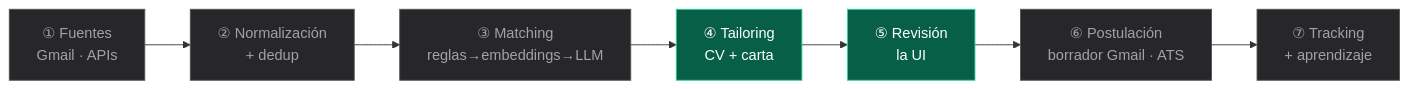
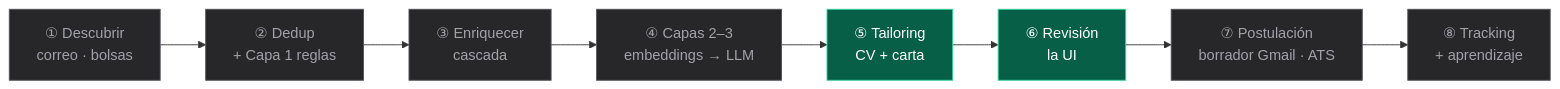
One commit to HectorDaniell/JobFinder changed the ninth of 10 diagrams in docs/FLUJO.md. Above: the diagram before and after it, drawn with Mermaid. The commit also changed other lines of this file and 6 other files, not shown here.

````diff
--- a/docs/FLUJO.md
+++ b/docs/FLUJO.md
@@ -264,12 +264,13 @@
 ```mermaid
 flowchart LR
-    F1["① Fuentes<br/>Gmail · APIs"]:::todo --> F2["② Normalización<br/>+ dedup"]:::todo
-    F2 --> F3["③ Matching<br/>reglas→embeddings→LLM"]:::todo
-    F3 --> F4["④ Tailoring<br/>CV + carta"]:::done
-    F4 --> F5["⑤ Revisión<br/>la UI"]:::done
-    F5 --> F6["⑥ Postulación<br/>borrador Gmail · ATS"]:::todo
-    F6 --> F7["⑦ Tracking<br/>+ aprendizaje"]:::todo
+    F1["① Descubrir<br/>correo · bolsas"]:::todo --> F2["② Dedup<br/>+ Capa 1 reglas"]:::todo
+    F2 --> F3["③ Enriquecer<br/>cascada"]:::todo
+    F3 --> F4["④ Capas 2–3<br/>embeddings → LLM"]:::todo
+    F4 --> F5["⑤ Tailoring<br/>CV + carta"]:::done
+    F5 --> F6["⑥ Revisión<br/>la UI"]:::done
+    F6 --> F7["⑦ Postulación<br/>borrador Gmail · ATS"]:::todo
+    F7 --> F8["⑧ Tracking<br/>+ aprendizaje"]:::todo
 
     classDef done fill:#065f46,stroke:#34d399,color:#fff
     classDef todo fill:#27272a,stroke:#52525b,color:#a1a1aa
 ```
````
